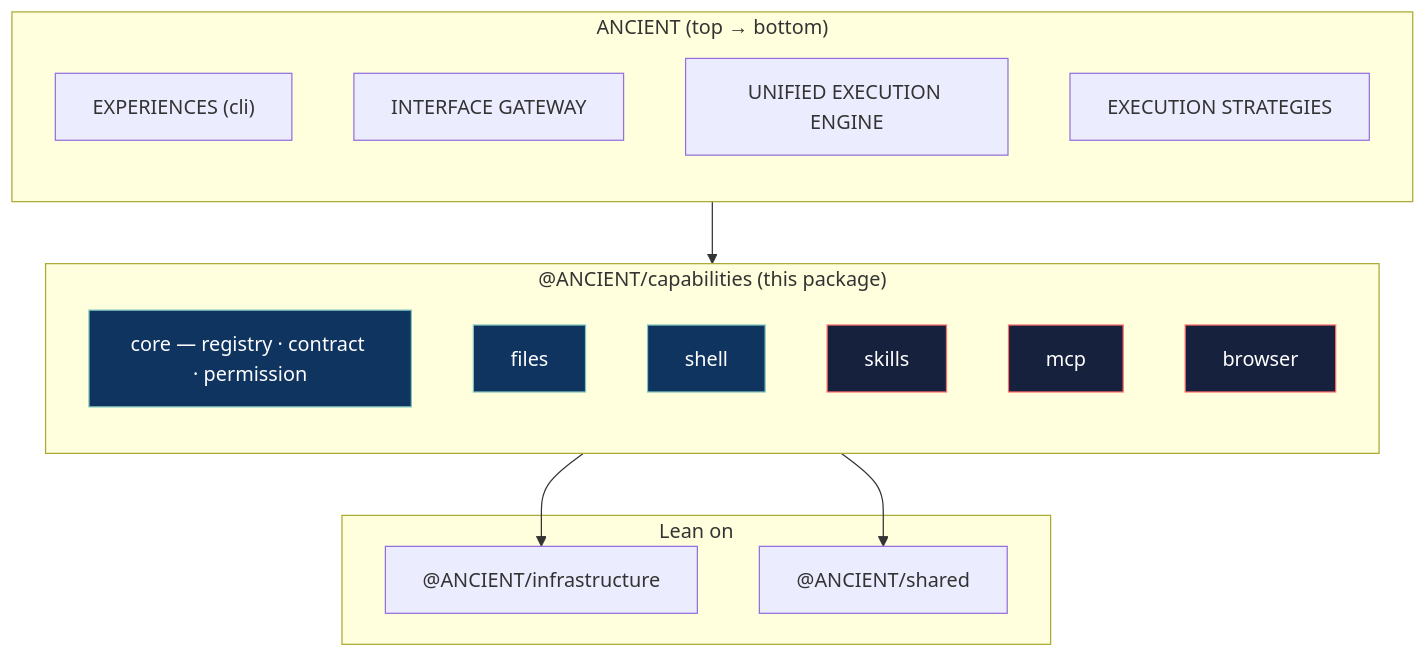
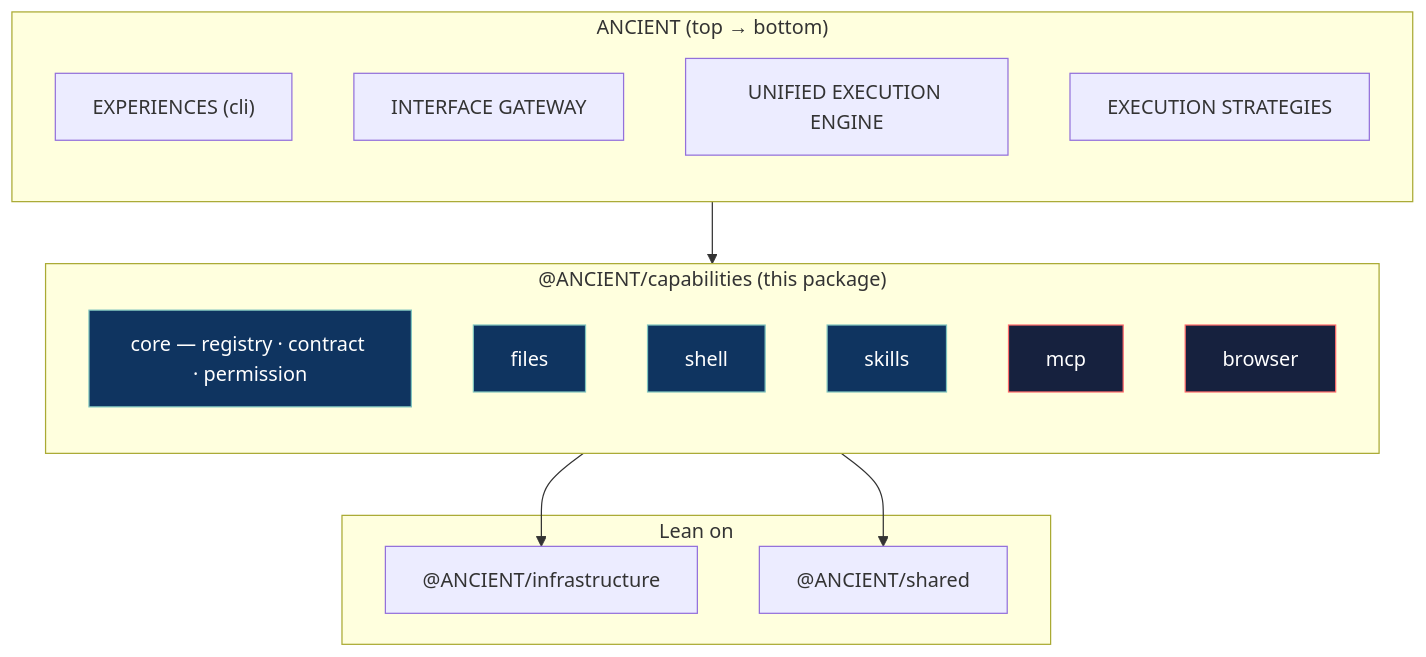
Before and after one commit to D-engahmed/ancient: the first of 2 diagrams in packages/capabilities/README.md, drawn with Mermaid. The commit also changed other lines of this file and 1 other file, not shown here.

First line of the commit message:
docs(capabilities): mark skills sub-layer done (README + CAPABILITIES.md)

````diff
--- a/packages/capabilities/README.md
+++ b/packages/capabilities/README.md
@@ -7,36 +7,36 @@
 ```mermaid
 flowchart TB
     subgraph LAYERS["ANCIENT (top → bottom)"]
         direction TB
         EXP["EXPERIENCES (cli)"]
         GW["INTERFACE GATEWAY"]
         ENG["UNIFIED EXECUTION ENGINE"]
         STRAT["EXECUTION STRATEGIES"]
     end
 
     subgraph CAP["@ANCIENT/capabilities (this package)"]
         direction TB
         CORE["core — registry · contract · permission"]
         FILES["files"]
         SHELL["shell"]
         SKILLS["skills"]
         MCP["mcp"]
         BROWSER["browser"]
     end
 
     subgraph LOWER["Lean on"]
         INFRA["@ANCIENT/infrastructure"]
         SHARED["@ANCIENT/shared"]
     end
 
     LAYERS --> CAP
     CAP --> INFRA
     CAP --> SHARED
 
     style CORE fill:#0f3460,stroke:#7FC4BE,color:#fff
     style FILES fill:#0f3460,stroke:#7FC4BE,color:#fff
     style SHELL fill:#0f3460,stroke:#7FC4BE,color:#fff
-    style SKILLS fill:#16213e,stroke:#ff6b6b,color:#fff
+    style SKILLS fill:#0f3460,stroke:#7FC4BE,color:#fff
     style MCP fill:#16213e,stroke:#ff6b6b,color:#fff
     style BROWSER fill:#16213e,stroke:#ff6b6b,color:#fff
 ```
````
